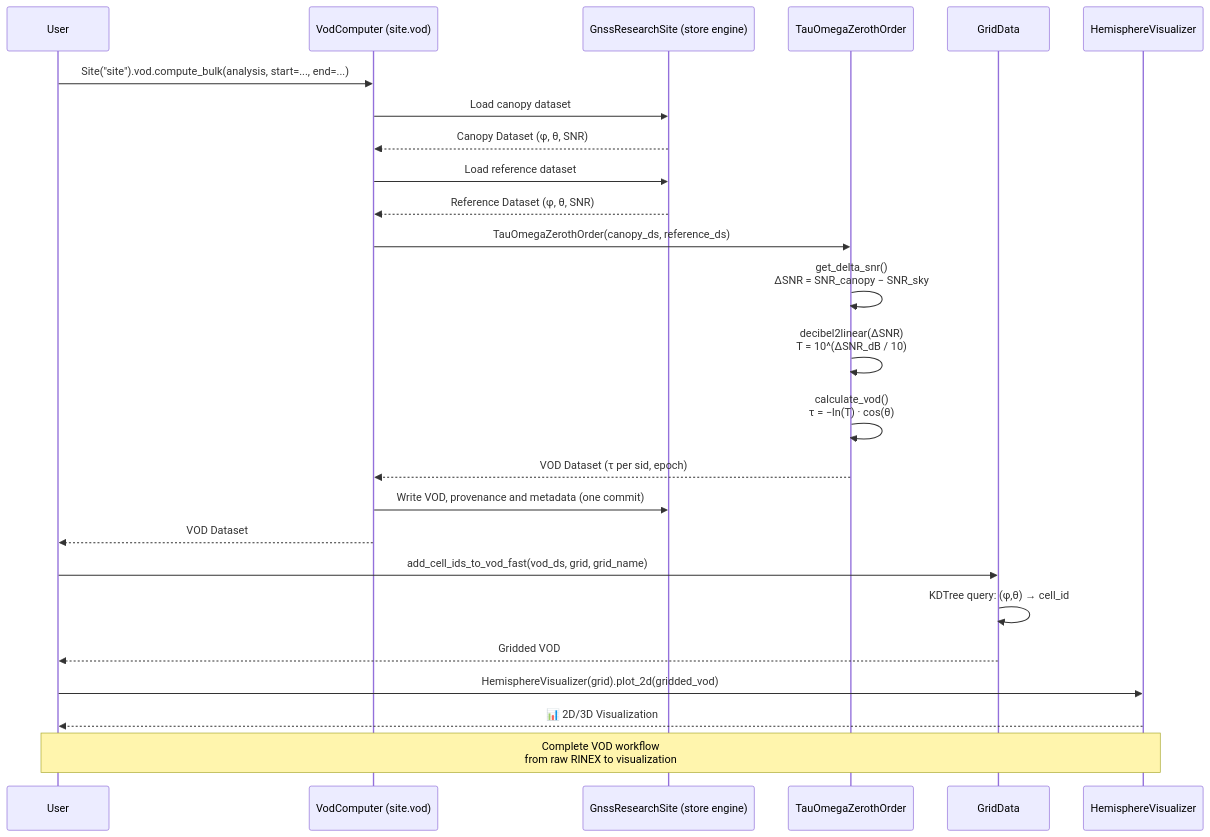
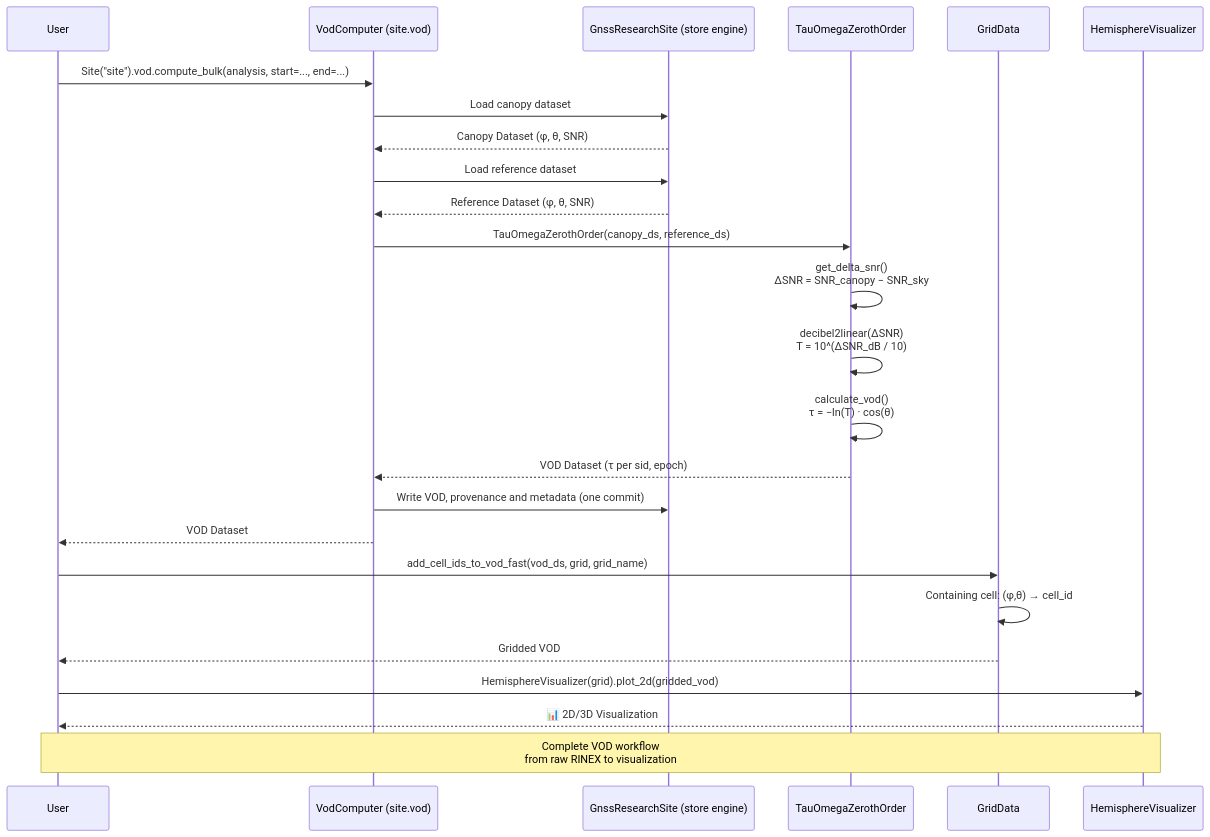
Before and after one commit to nfb2021/canvodpy: the diagram in docs/diagrams/04-vod-workflow.mmd, drawn with Mermaid. The commit also changed 16 other files, not shown here.

```diff
--- a/docs/diagrams/04-vod-workflow.mmd
+++ b/docs/diagrams/04-vod-workflow.mmd
@@ -1,35 +1,35 @@
 sequenceDiagram
     participant User
     participant VOD as VodComputer (site.vod)
     participant Store as GnssResearchSite (store engine)
     participant VODCalc as TauOmegaZerothOrder
     participant Grid as GridData
     participant Viz as HemisphereVisualizer
 
     User->>VOD: Site("site").vod.compute_bulk(analysis, start=..., end=...)
 
     VOD->>Store: Load canopy dataset
     Store-->>VOD: Canopy Dataset (φ, θ, SNR)
 
     VOD->>Store: Load reference dataset
     Store-->>VOD: Reference Dataset (φ, θ, SNR)
 
     VOD->>VODCalc: TauOmegaZerothOrder(canopy_ds, reference_ds)
 
     VODCalc->>VODCalc: get_delta_snr()<br/>ΔSNR = SNR_canopy − SNR_sky
     VODCalc->>VODCalc: decibel2linear(ΔSNR)<br/>T = 10^(ΔSNR_dB / 10)
     VODCalc->>VODCalc: calculate_vod()<br/>τ = −ln(T) · cos(θ)
 
     VODCalc-->>VOD: VOD Dataset (τ per sid, epoch)
 
     VOD->>Store: Write VOD, provenance and metadata (one commit)
     VOD-->>User: VOD Dataset
 
     User->>Grid: add_cell_ids_to_vod_fast(vod_ds, grid, grid_name)
-    Grid->>Grid: KDTree query: (φ,θ) → cell_id
+    Grid->>Grid: Containing cell: (φ,θ) → cell_id
     Grid-->>User: Gridded VOD
 
     User->>Viz: HemisphereVisualizer(grid).plot_2d(gridded_vod)
     Viz-->>User: 📊 2D/3D Visualization
 
     Note over User,Viz: Complete VOD workflow<br/>from raw RINEX to visualization
```
